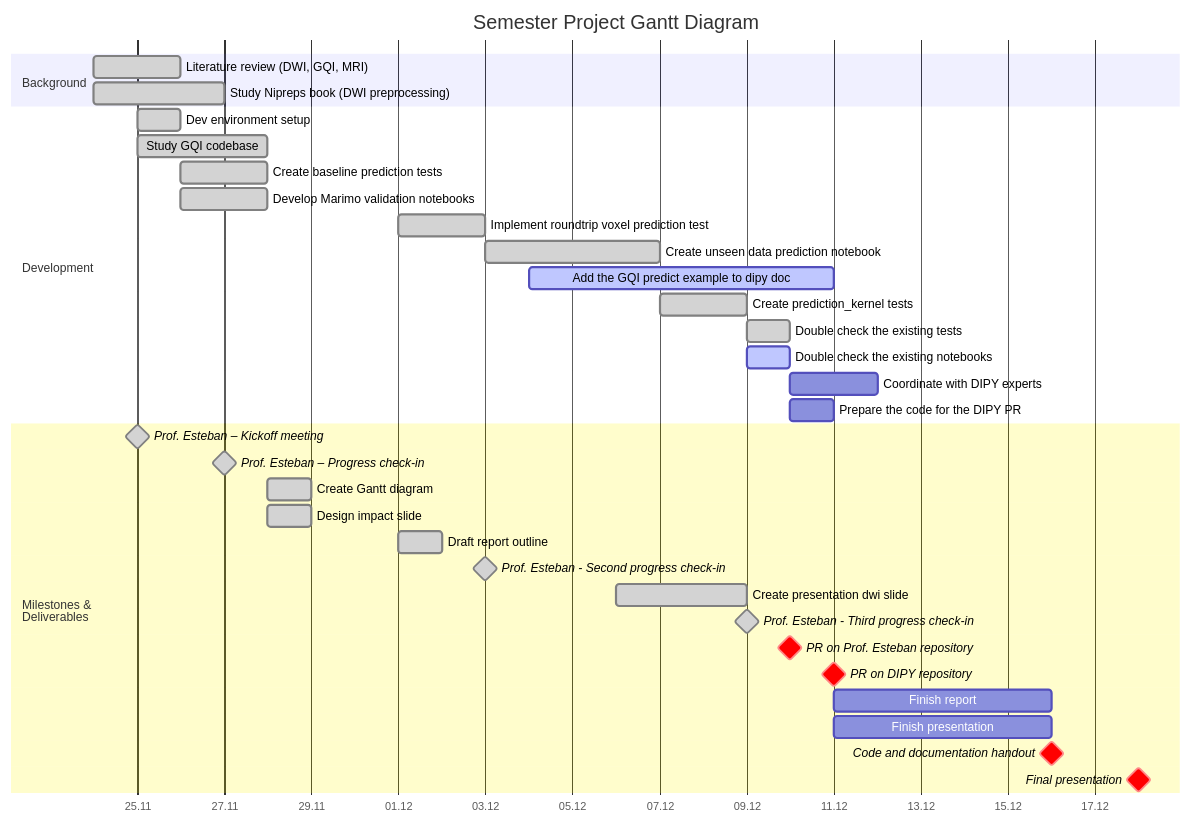
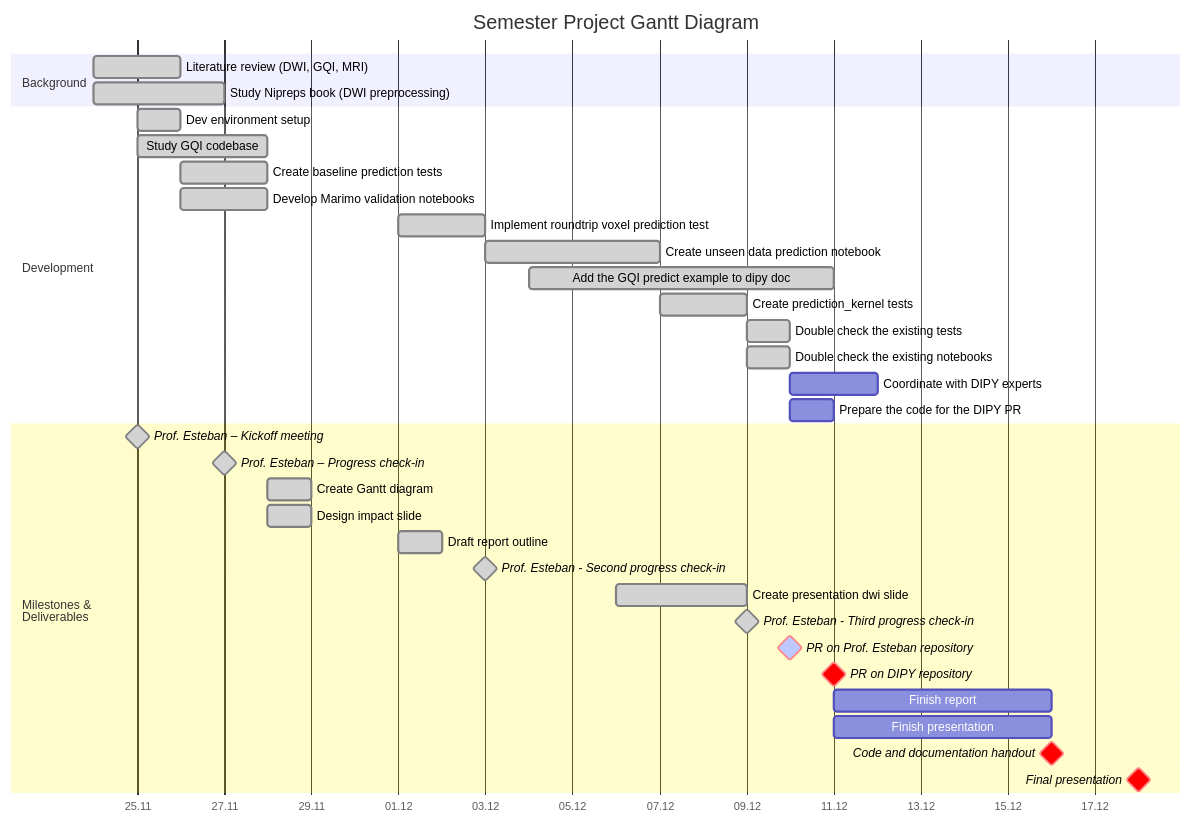
One commit to MadeInShineA/303.1-semester-project changed the diagram in src/index.qmd. Above: the diagram before and after it, drawn with Mermaid. The commit also changed 9 other files, not shown here.

````diff
--- a/src/index.qmd
+++ b/src/index.qmd
@@ -20,46 +20,46 @@
 ```{mermaid}
 gantt
 
     title Semester Project Gantt Diagram
     dateFormat DD.MM.YYYY
     axisFormat %d.%m
 
     section Background
         Literature review (DWI, GQI, MRI)       :done,         research,       24.11.2025, 2d
         Study Nipreps book (DWI preprocessing)  :done,         nipreps,        24.11.2025, 3d
 
     section Development
         Dev environment setup                   :done,         devenv,         25.11.2025, 1d
         Study GQI codebase                      :done,         codebase,       25.11.2025, 3d
         Create baseline prediction tests        :done,         simple_tests,   26.11.2025, 2d
         Develop Marimo validation notebooks     :done,         notebooks,      26.11.2025, 2d
         Implement roundtrip voxel prediction test :done,       cross_tests,    01.12.2025, 2d
         Create unseen data prediction notebook  :done,         unseen_data,    03.12.2025, 4d
-        Add the GQI predict example to dipy doc :active,       predict_example,04.12.2025, 11.12.2025
+        Add the GQI predict example to dipy doc :done,         predict_example,04.12.2025, 11.12.2025
         Create prediction_kernel tests          :done,         prediction_kernel ,07.12.2025, 2d
-        Double check the existing tests         :done,       dc_test,          09.12.2025, 1d
-        Double check the existing notebooks     :active,       dc_notebooks,   09.12.2025, 1d
+        Double check the existing tests         :done,         dc_test,          09.12.2025, 1d
+        Double check the existing notebooks     :done,         dc_notebooks,   09.12.2025, 1d
         Coordinate with DIPY experts            :              coor,           10.12.2025, 12.12.2025
-        Prepare the code for the DIPY PR        :         prpr,           10.12.2025, 1d
+        Prepare the code for the DIPY PR        :              prpr,           10.12.2025, 1d
         
 
       
         
 
     section Milestones & <br>Deliverables
         Prof. Esteban – Kickoff meeting         :done,         milestone,      25.11.2025, 0d
         Prof. Esteban – Progress check-in       :done,         milestone,      27.11.2025, 0d
         Create Gantt diagram                    :done,         gantt,          28.11.2025, 1d
         Design impact slide                     :done,         impact,         28.11.2025, 1d
         Draft report outline                    :done,         r_draft,        01.12.2025, 1d
         Prof. Esteban - Second progress check-in:done,         milestone,      03.12.2025, 0d
         Create presentation dwi slide           :done,         p_draft,        06.12.2025, 09.12.2025 
         Prof. Esteban - Third progress check-in :done,         milestone,      09.12.2025, 0d
-        PR on Prof. Esteban repository          :crit,         milestone,      10.12.2025, 0d
+        PR on Prof. Esteban repository          :crit,active,         milestone,      10.12.2025, 0d
         PR on DIPY repository                   :crit,         milestone,      11.12.2025, 0d
         Finish report                           :              f_rep,          11.12.2025, 16.12.2025
         Finish presentation                     :              f_pres,         11.12.2025, 16.12.2025
         Code and documentation handout          :crit,         milestone,      16.12.2025, 0d
         Final presentation                      :crit,         milestone,      18.12.2025, 0d
         
 ```
````
